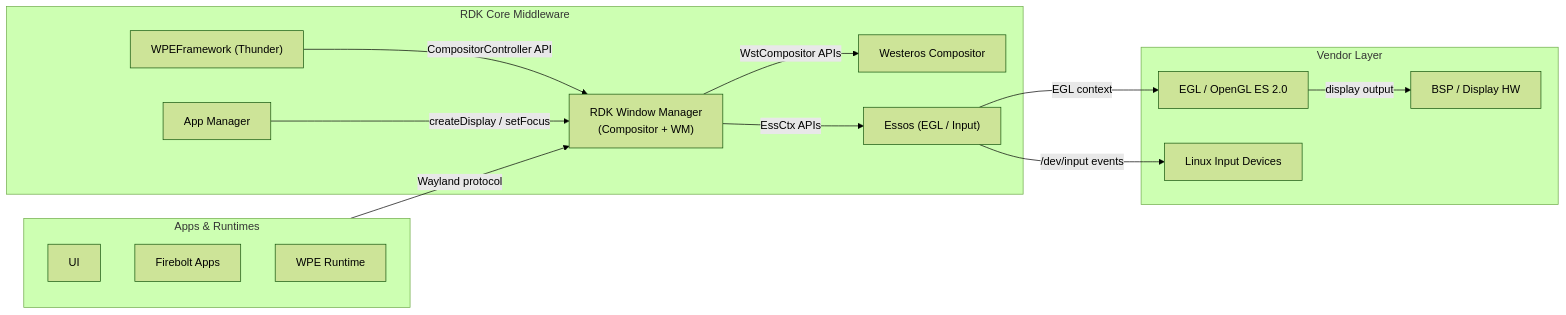
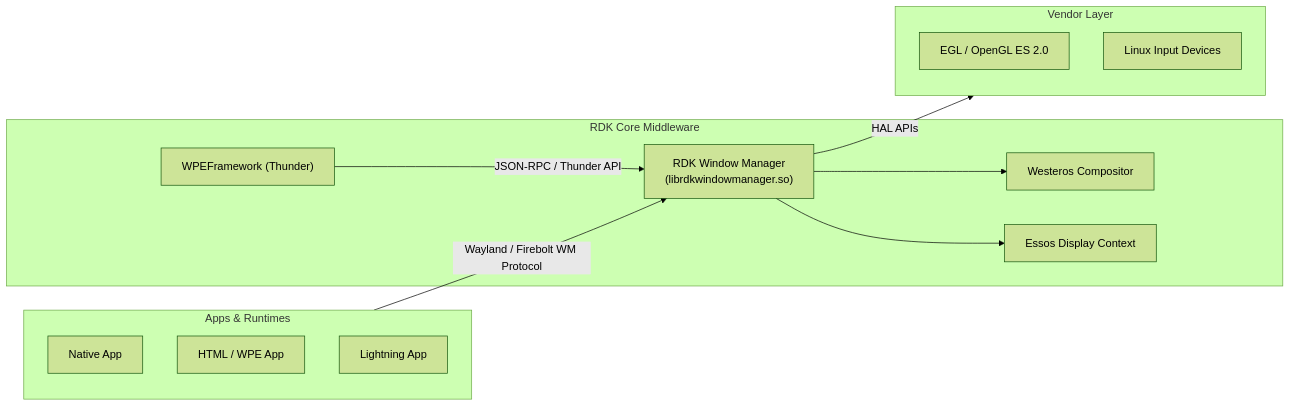
Before and after one commit to rns21/RDK_Documentation: the first of 8 diagrams in docs/docu/RDKV-Documentations/rdkwindowmgr.md, drawn with Mermaid (forest theme). The commit also changed other lines of this file, not shown here.

````diff
--- a/docs/docu/RDKV-Documentations/rdkwindowmgr.md
+++ b/docs/docu/RDKV-Documentations/rdkwindowmgr.md
@@ -9,37 +11,32 @@
 ```mermaid
 flowchart LR
 
 %% Styles
 classDef Apps stroke:#00B9F1,fill:#E6F7FD,stroke-width:2px;
 classDef RDKMW stroke:#75D701,fill:#F1FFE6,stroke-width:2px;
 classDef VL stroke:#808080,fill:#F2F2F2,stroke-width:2px;
 
     subgraph Apps["Apps & Runtimes"]
-        RDKUI["UI"]
-        FBApps["Firebolt Apps"]
-        WPE_RT["WPE Runtime"]
+        NativeApp["Native App"]
+        HTMLApp["HTML / WPE App"]
+        LightningApp["Lightning App"]
     end
 
     subgraph RDKMW["RDK Core Middleware"]
-        RWM["RDK Window Manager\n(Compositor + WM)"]
-        AM["App Manager"]
         Thunder["WPEFramework (Thunder)"]
+        RDKWM["RDK Window Manager\n(librdkwindowmanager.so)"]
         Westeros["Westeros Compositor"]
-        Essos["Essos (EGL / Input)"]
+        Essos["Essos Display Context"]
     end
 
     subgraph VL["Vendor Layer"]
         EGL["EGL / OpenGL ES 2.0"]
-        BSP["BSP / Display HW"]
-        Input["Linux Input Devices"]
+        LinuxInput["Linux Input Devices"]
     end
 
-    Apps -->|Wayland protocol| RWM
-    Thunder -->|CompositorController API| RWM
-    AM -->|createDisplay / setFocus| RWM
-    RWM -->|WstCompositor APIs| Westeros
-    RWM -->|EssCtx APIs| Essos
-    Essos -->|EGL context| EGL
-    Essos -->|/dev/input events| Input
-    EGL -->|display output| BSP
+    Apps -->|Wayland / Firebolt WM Protocol| RDKWM
+    Thunder -->|JSON-RPC / Thunder API| RDKWM
+    RDKWM --> Westeros
+    RDKWM --> Essos
+    RDKWM -->|HAL APIs| VL
 ```
````
